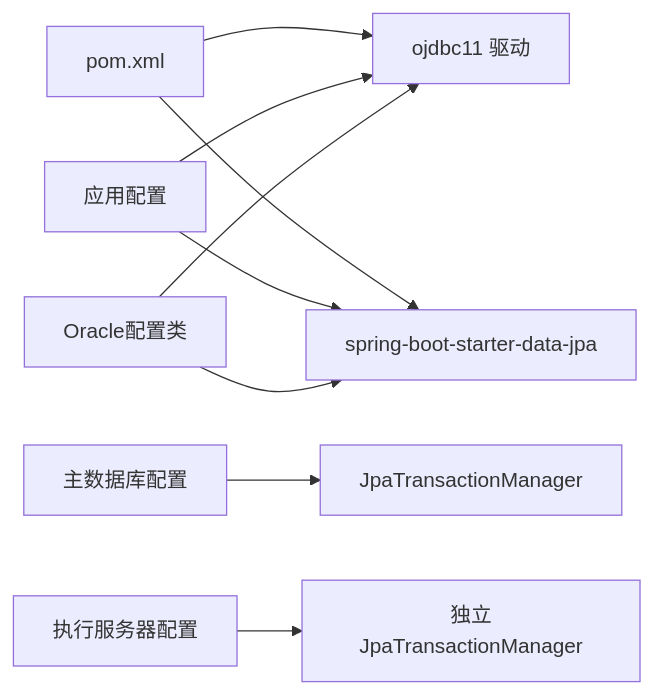
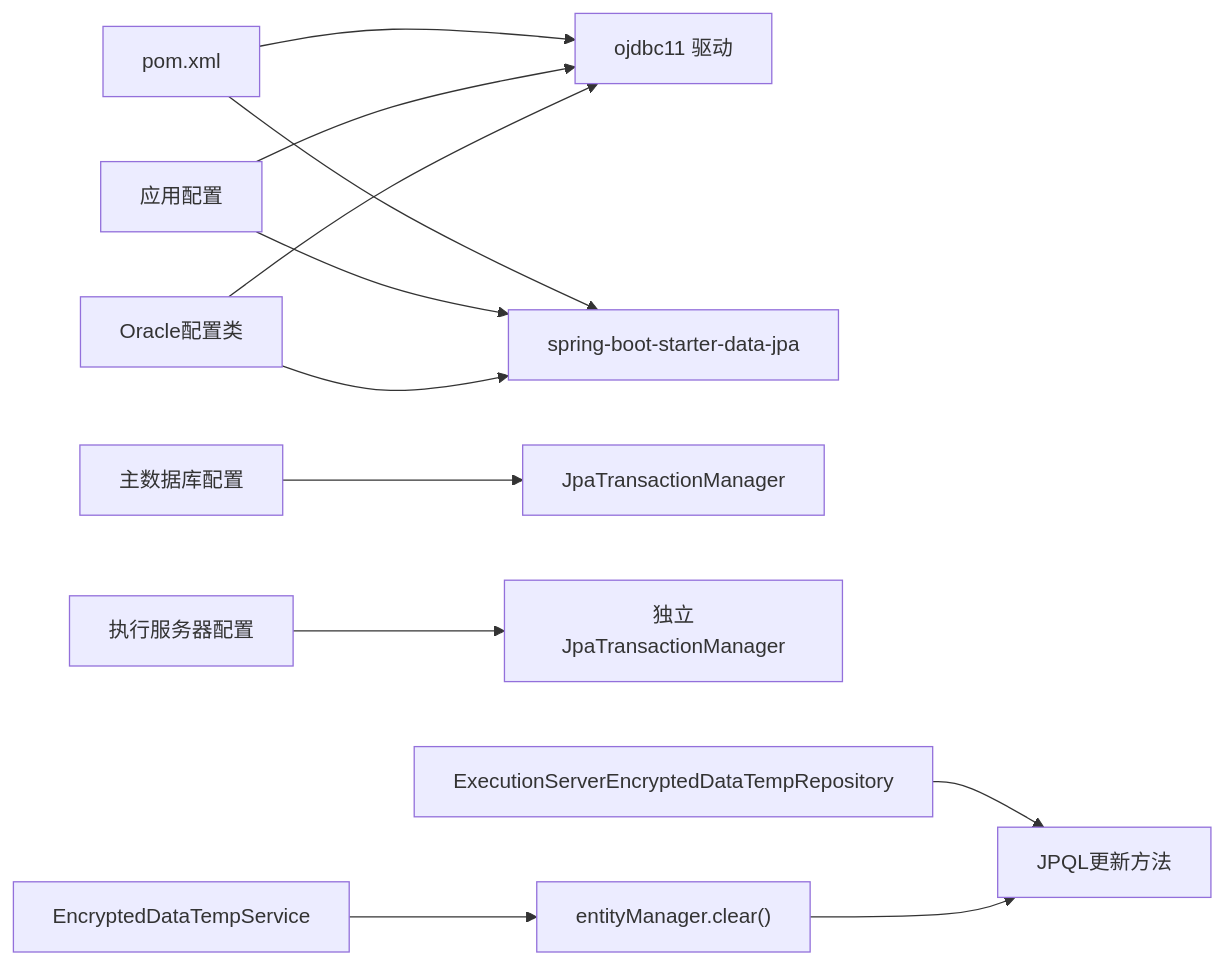
Before and after one commit to liuzh2008/med_ai_assistant_workspace: the fourth of 4 diagrams in .qoder/repowiki/zh/content/配置管理/数据库配置.md, drawn with Mermaid. The commit also changed other lines of this file and 5 other files, not shown here.

````diff
--- a/.qoder/repowiki/zh/content/配置管理/数据库配置.md
+++ b/.qoder/repowiki/zh/content/配置管理/数据库配置.md
@@ -351,11 +494,14 @@
 ```mermaid
 graph LR
 POM["pom.xml"] --> OJ["ojdbc11 驱动"]
 POM --> JPA["spring-boot-starter-data-jpa"]
 APP["应用配置"] --> OJ
 APP --> JPA
 CONFIG["Oracle配置类"] --> OJ
 CONFIG --> JPA
 DB_CONFIG["主数据库配置"] --> TXN["JpaTransactionManager"]
 EXEC_CONFIG["执行服务器配置"] --> EXEC_TXN["独立JpaTransactionManager"]
+SERVICE["EncryptedDataTempService"] --> CACHE["entityManager.clear()"]
+REPO["ExecutionServerEncryptedDataTempRepository"] --> JPQL["JPQL更新方法"]
+CACHE --> JPQL
 ```
````
